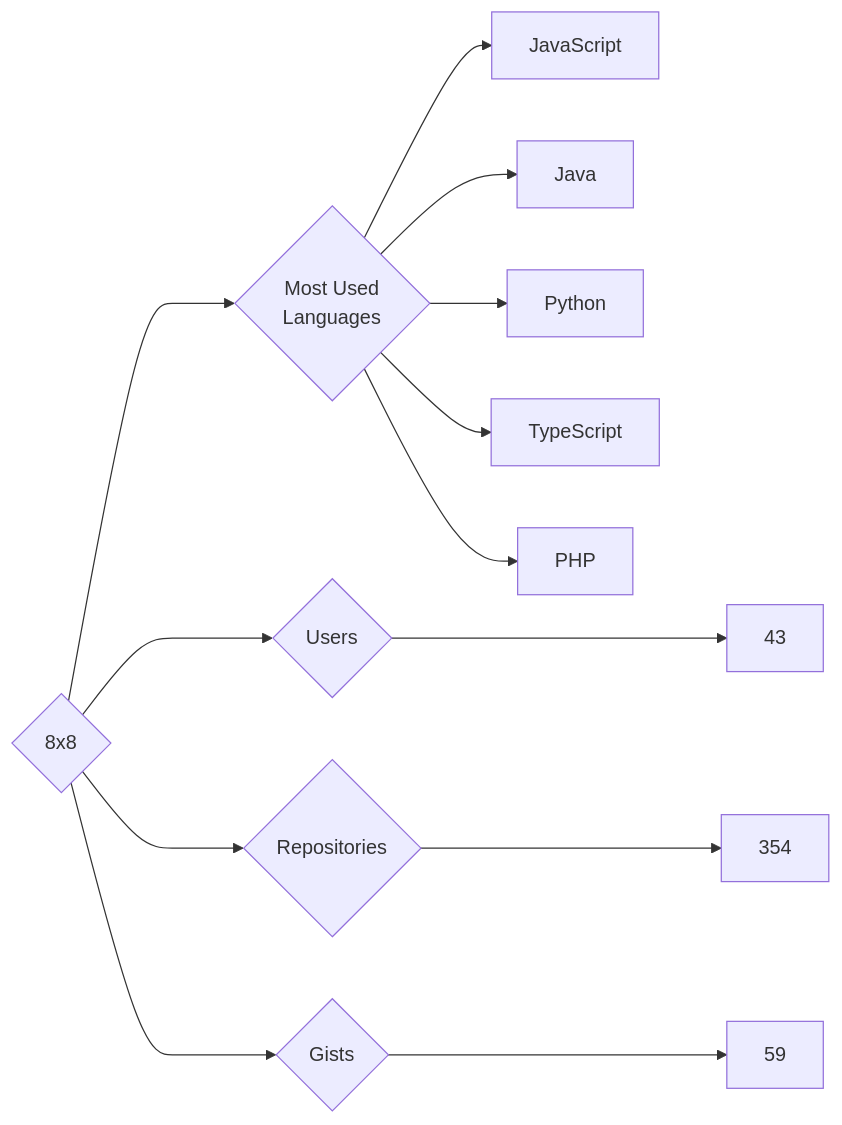
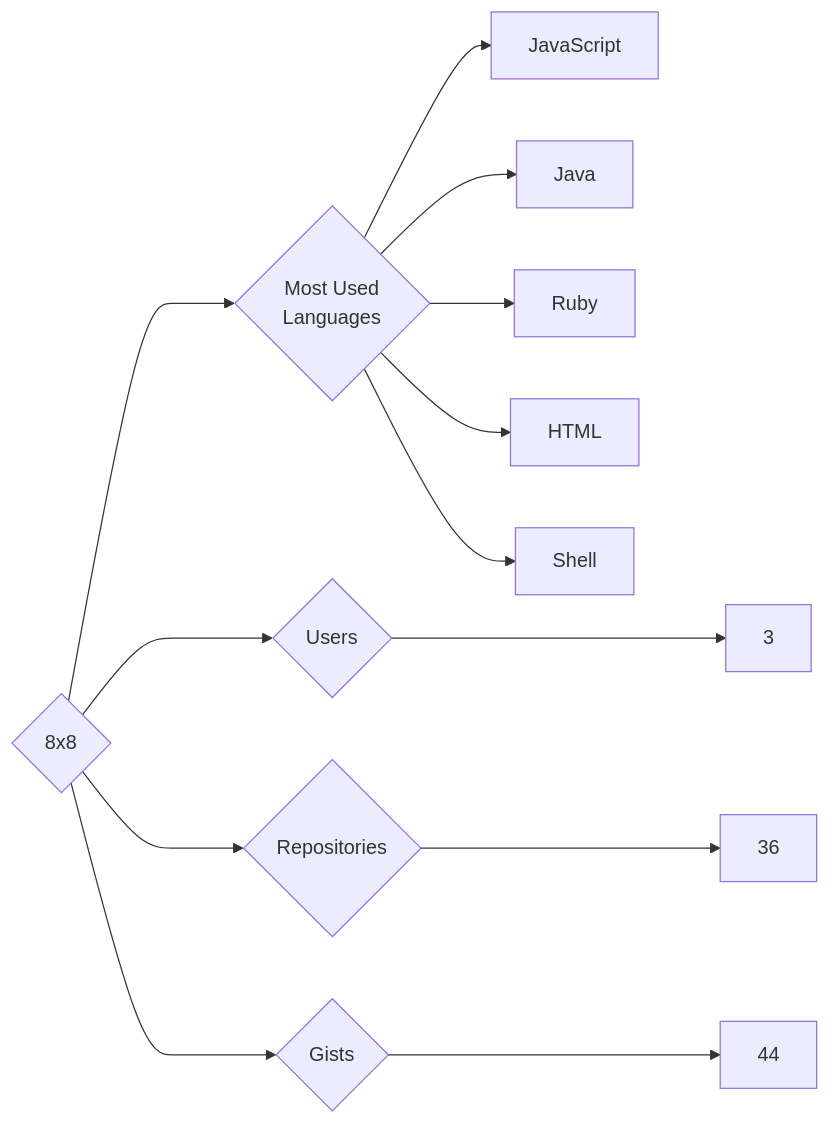
The diagram in targets/8x8/README.md (trickest/insiders), drawn with Mermaid before and after one commit. The commit also changed 872 other files, not shown here.

````diff
--- a/targets/8x8/README.md
+++ b/targets/8x8/README.md
@@ -3,13 +3,13 @@
 ```mermaid
 graph LR
 COMPANY_NAME{8x8}
-COMPANY_NAME ---> U{Users} ---> UN[43]
-COMPANY_NAME ---> R{Repositories} ---> RN[354]
-COMPANY_NAME ---> G{Gists} ---> GN[59]
+COMPANY_NAME ---> U{Users} ---> UN[3]
+COMPANY_NAME ---> R{Repositories} ---> RN[36]
+COMPANY_NAME ---> G{Gists} ---> GN[44]
 COMPANY_NAME ---> ML{Most Used<br>Languages}
 ML --> JavaScript[JavaScript]
 ML --> Java[Java]
-ML --> Python[Python]
-ML --> TypeScript[TypeScript]
-ML --> PHP[PHP]
+ML --> Ruby[Ruby]
+ML --> HTML[HTML]
+ML --> Shell[Shell]
 ```
````
